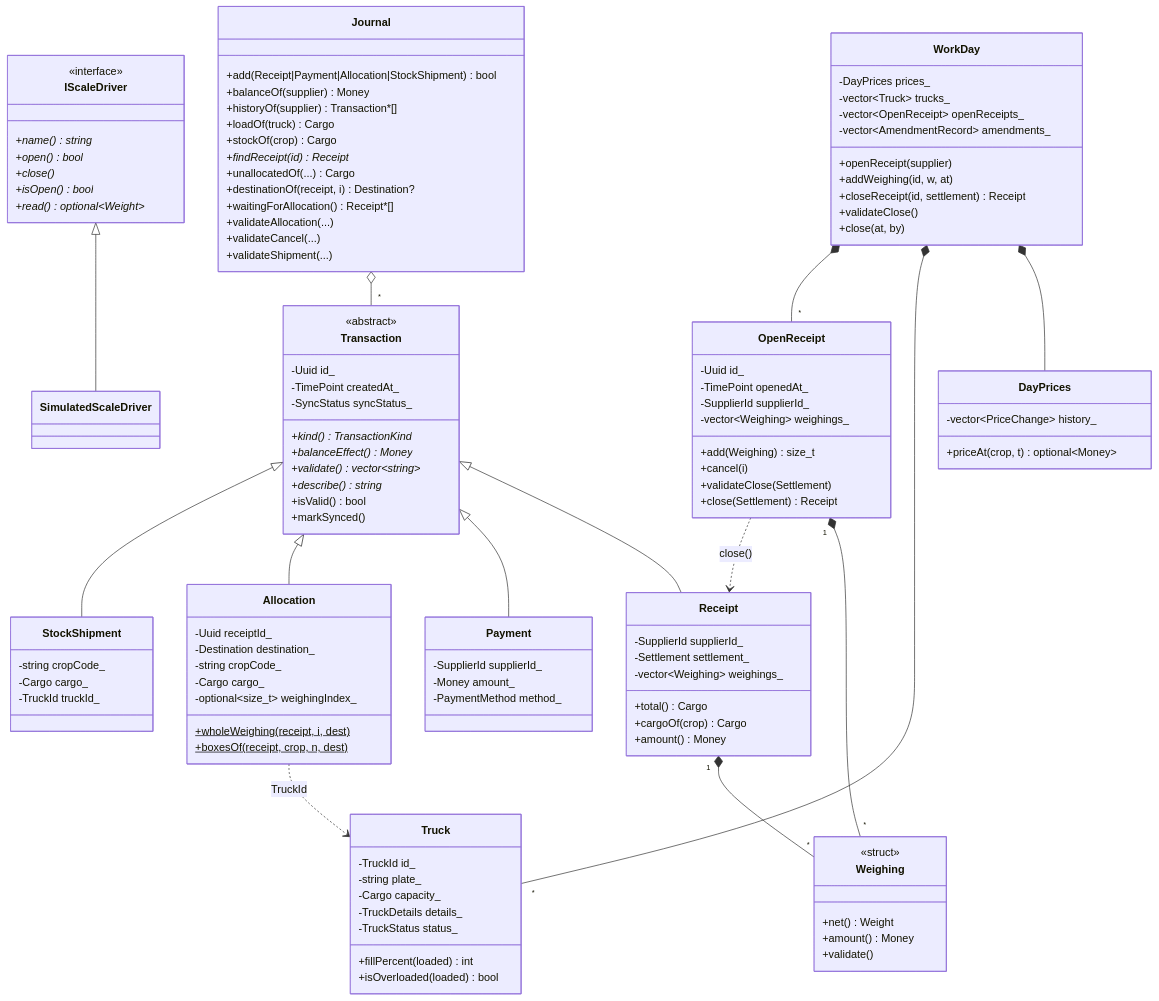
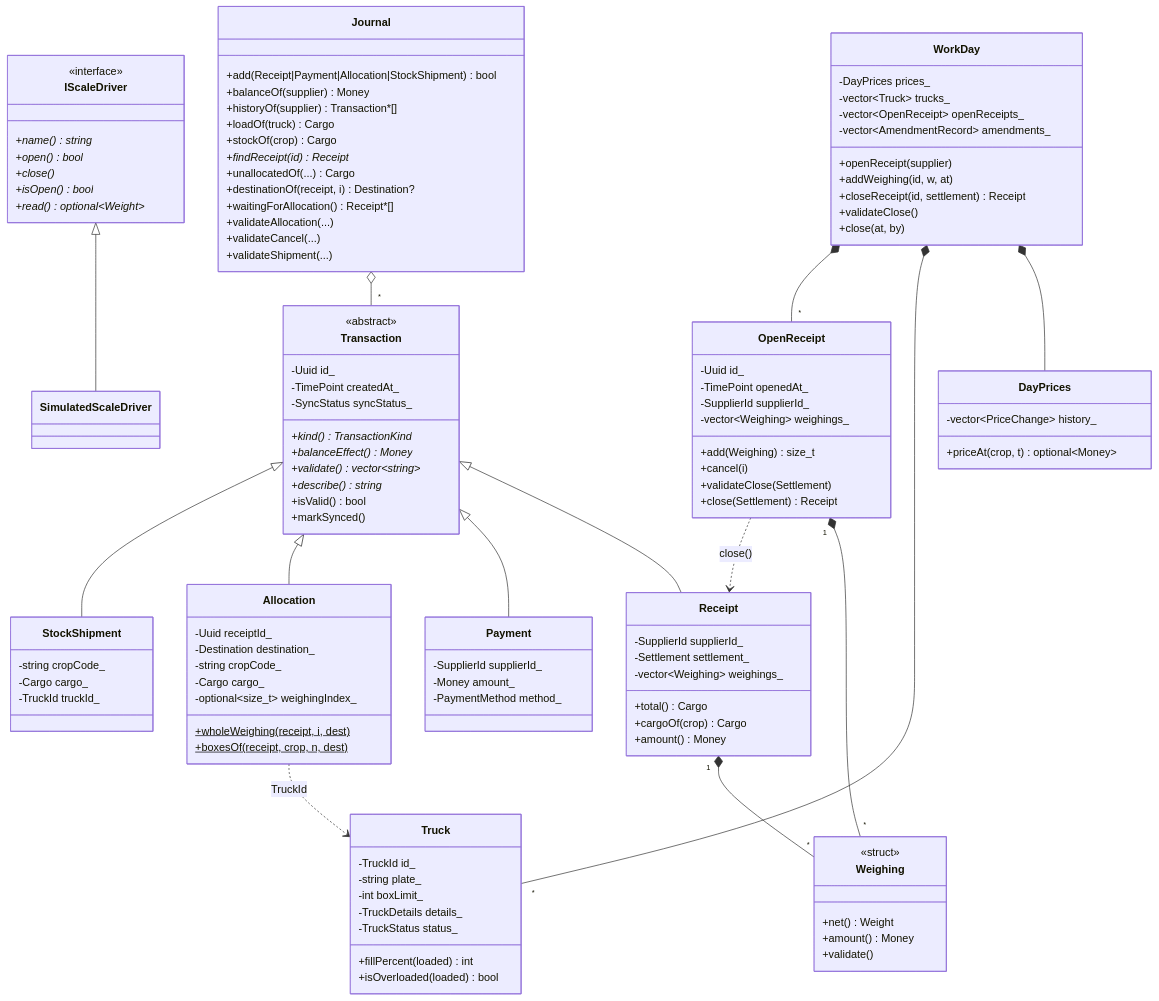
Before and after one commit to IsNazarii/Berry-WMS-Terminal: the first of 3 diagrams in docs/domain.md, drawn with Mermaid. The commit also changed other lines of this file and 8 other files, not shown here.

```diff
--- a/docs/domain.md
+++ b/docs/domain.md
@@ -148,7 +148,7 @@
     class Truck {
         -TruckId id_
         -string plate_
-        -Cargo capacity_
+        -int boxLimit_
         -TruckDetails details_
         -TruckStatus status_
         +fillPercent(loaded) int
```
